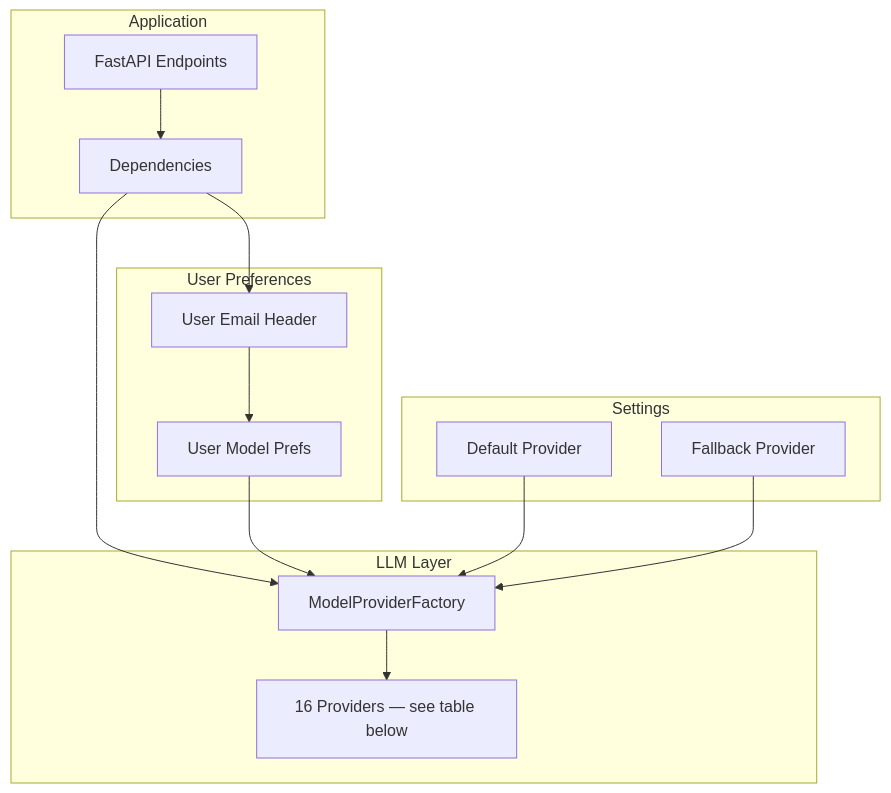
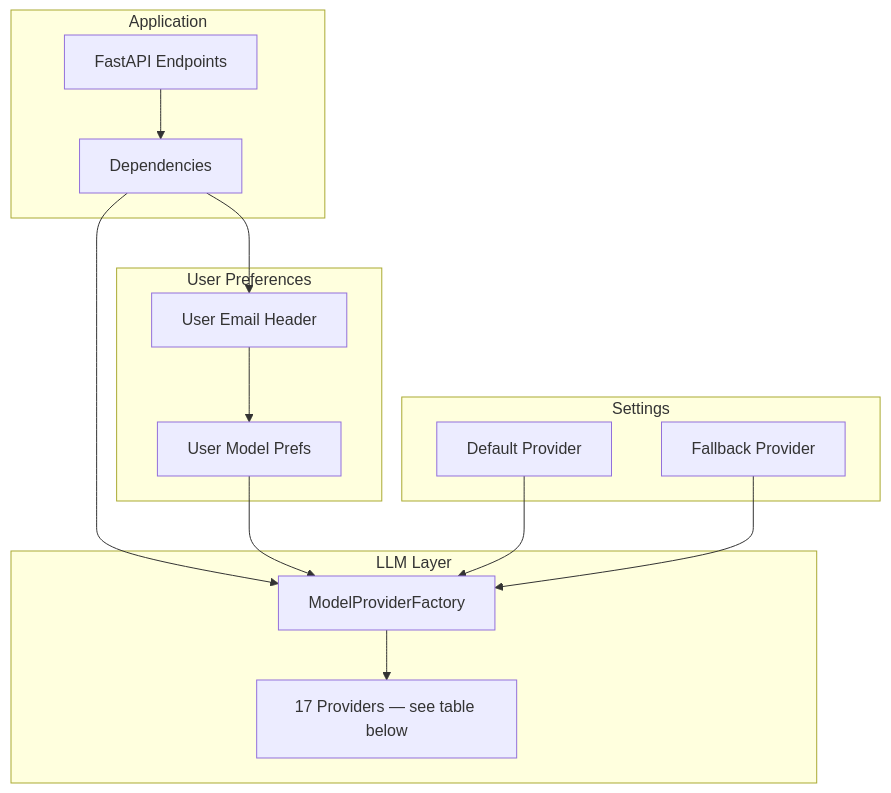
One commit to AleksNeStu/ai-real-estate-assistant changed the first of 2 diagrams in docs/architecture/llm-integration.md. Above: the diagram before and after it, drawn with Mermaid. The commit also changed other lines of this file and 8 other files, not shown here.

````diff
--- a/docs/architecture/llm-integration.md
+++ b/docs/architecture/llm-integration.md
@@ -11,34 +11,34 @@
 ```mermaid
 graph TB
     subgraph Application
         A[FastAPI Endpoints]
         B[Dependencies]
     end
 
     subgraph LLM Layer
         C[ModelProviderFactory]
-        D[16 Providers — see table below]
+        D[17 Providers — see table below]
     end
 
     subgraph User Preferences
         J[User Email Header]
         K[User Model Prefs]
     end
 
     subgraph Settings
         L[Default Provider]
         M[Fallback Provider]
     end
 
     A --> B
     B --> C
     B --> J
 
     J --> K
     K --> C
 
     C --> D
 
     L --> C
     M --> C
 ```
````
